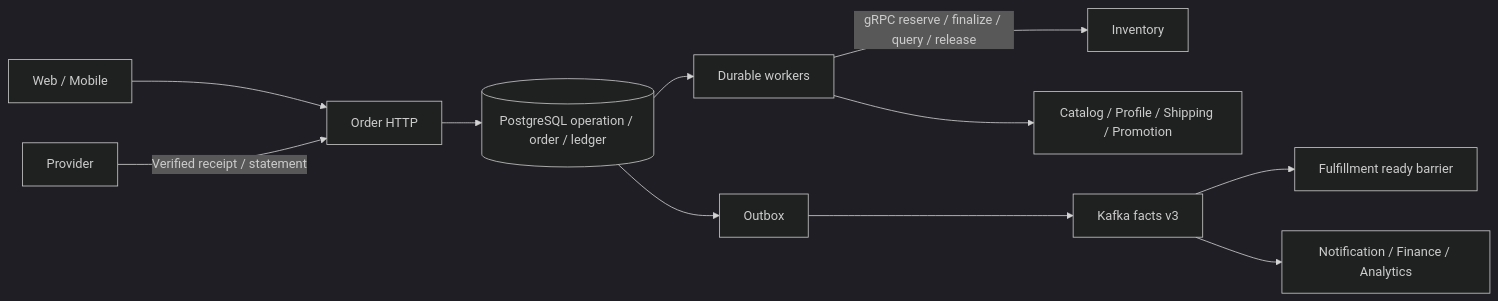
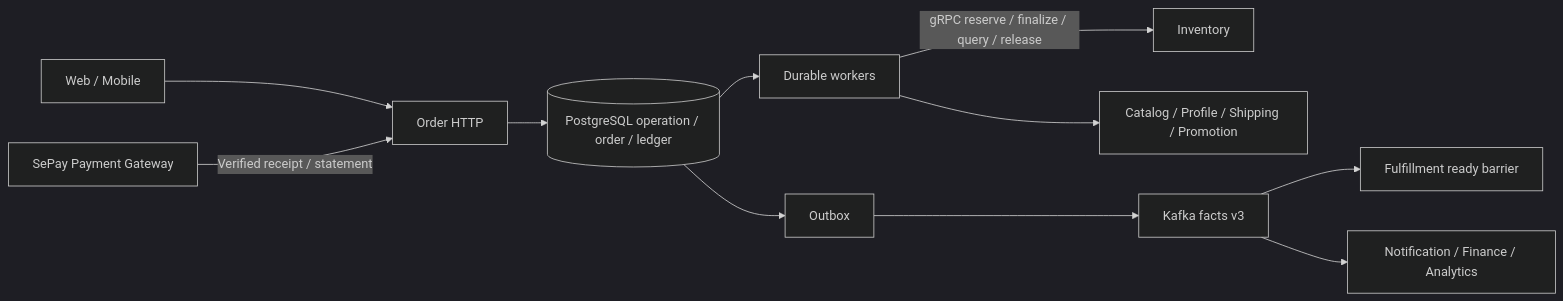
One commit to hvduong2k5/DUT.PBL6 changed the first of 2 diagrams in docs/02_architecture/services/order-service/00_order_service_hld.md. Above: the diagram before and after it, drawn with Mermaid (dark theme). The commit also changed other lines of this file and 86 other files, not shown here.

Commit message:
feat(order-service): add SePay Gateway MVP and recovery tests

````diff
--- a/docs/02_architecture/services/order-service/00_order_service_hld.md
+++ b/docs/02_architecture/services/order-service/00_order_service_hld.md
@@ -33,13 +35,13 @@
 ```mermaid
 flowchart LR
     C[Web / Mobile] --> A[Order HTTP]
     A --> DB[(PostgreSQL operation / order / ledger)]
     DB --> W[Durable workers]
     W -->|gRPC reserve / finalize / query / release| I[Inventory]
     W --> V[Catalog / Profile / Shipping / Promotion]
-    P[Provider] -->|Verified receipt / statement| A
+    P[SePay Payment Gateway] -->|Verified receipt / statement| A
     DB --> O[Outbox]
     O --> K[Kafka facts v3]
     K --> F[Fulfillment ready barrier]
     K --> N[Notification / Finance / Analytics]
 ```
````
